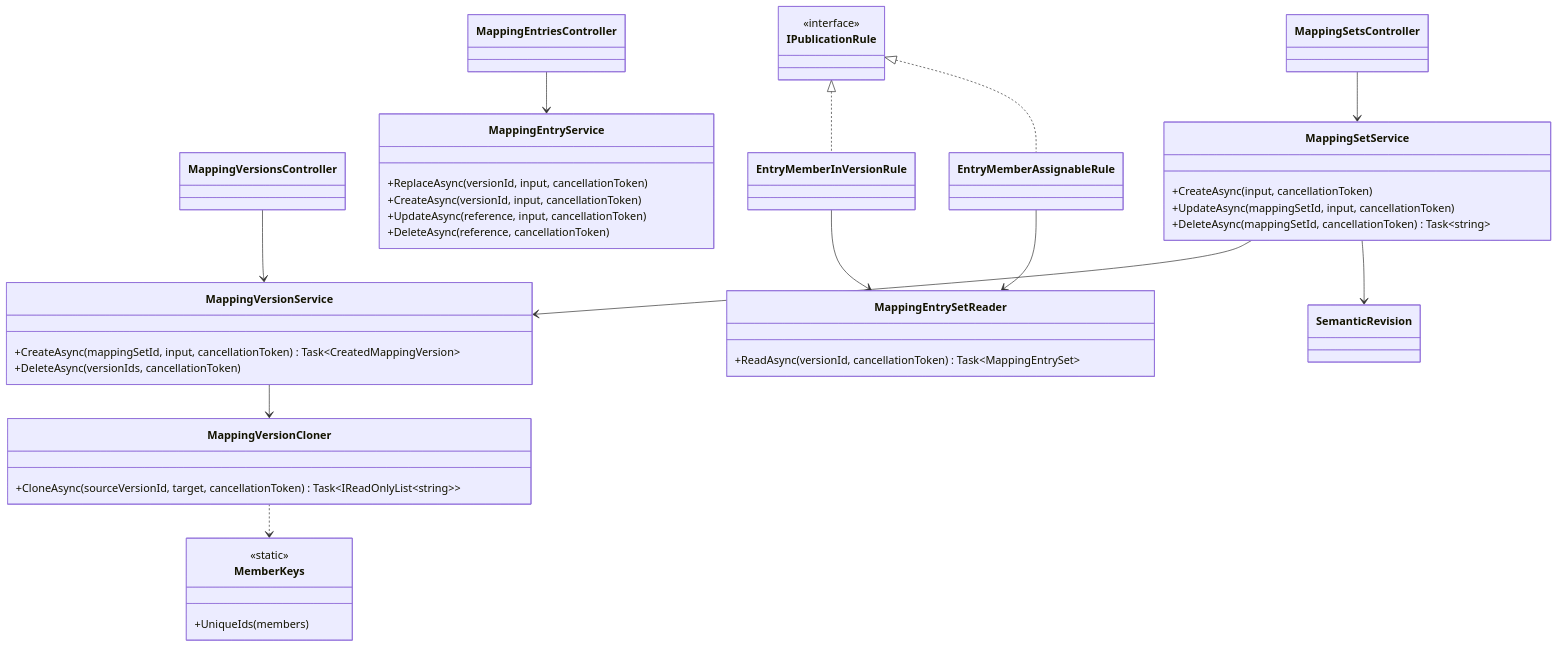
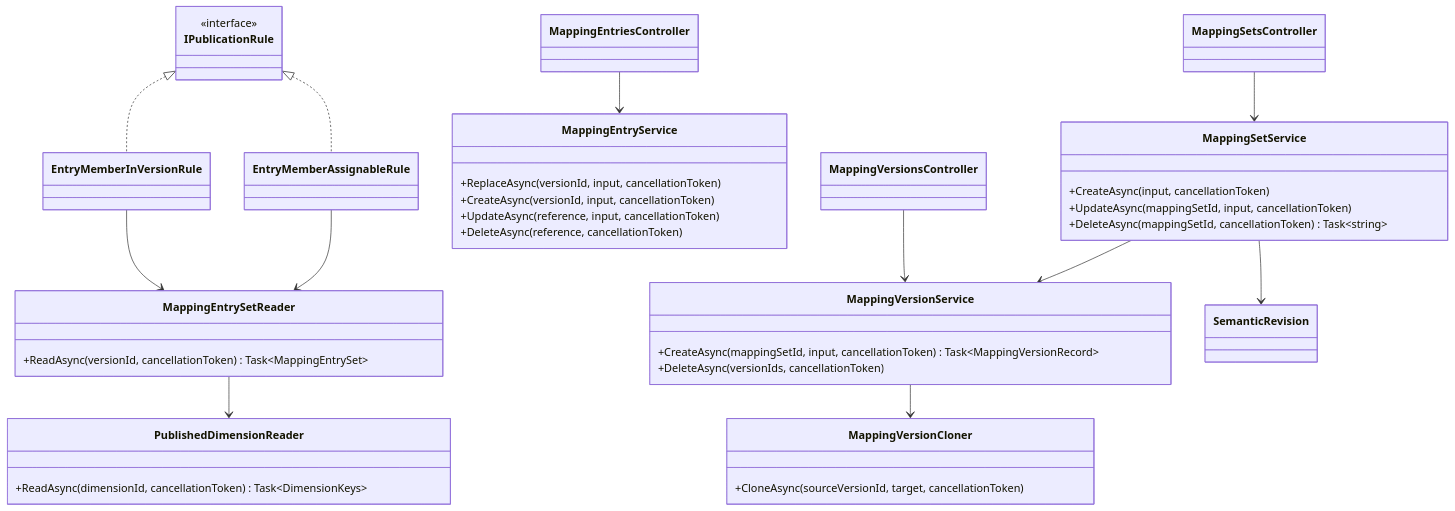
The third of 10 diagrams in api/docs/architecture/05-feature-classes.md (chrisaliotta/Quantalytix.QueryEngine.Admin), drawn with Mermaid before and after one commit. The commit also changed other lines of this file and 390 other files, not shown here.

First line of the commit message:
feat: enhance API documentation and architecture for versioning and assumption sets

````diff
--- a/api/docs/architecture/05-feature-classes.md
+++ b/api/docs/architecture/05-feature-classes.md
@@ -254,46 +256,45 @@
 ```mermaid
 classDiagram
     direction TB
     class MappingSetsController
     class MappingVersionsController
     class MappingEntriesController
     class MappingSetService {
         +CreateAsync(input, cancellationToken)
         +UpdateAsync(mappingSetId, input, cancellationToken)
         +DeleteAsync(mappingSetId, cancellationToken) Task~string~
     }
     class MappingVersionService {
-        +CreateAsync(mappingSetId, input, cancellationToken) Task~CreatedMappingVersion~
+        +CreateAsync(mappingSetId, input, cancellationToken) Task~MappingVersionRecord~
         +DeleteAsync(versionIds, cancellationToken)
     }
     class MappingVersionCloner {
-        +CloneAsync(sourceVersionId, target, cancellationToken) Task~IReadOnlyList~string~~
+        +CloneAsync(sourceVersionId, target, cancellationToken)
     }
     class MappingEntryService {
         +ReplaceAsync(versionId, input, cancellationToken)
         +CreateAsync(versionId, input, cancellationToken)
         +UpdateAsync(reference, input, cancellationToken)
         +DeleteAsync(reference, cancellationToken)
     }
     class MappingEntrySetReader {
         +ReadAsync(versionId, cancellationToken) Task~MappingEntrySet~
     }
-    class MemberKeys {
-        <<static>>
-        +UniqueIds(members)
+    class PublishedDimensionReader {
+        +ReadAsync(dimensionId, cancellationToken) Task~DimensionKeys~
     }
     class IPublicationRule {
         <<interface>>
     }
     MappingSetsController --> MappingSetService
     MappingVersionsController --> MappingVersionService
     MappingEntriesController --> MappingEntryService
     MappingSetService --> MappingVersionService
     MappingSetService --> SemanticRevision
     MappingVersionService --> MappingVersionCloner
-    MappingVersionCloner ..> MemberKeys
+    MappingEntrySetReader --> PublishedDimensionReader
     IPublicationRule <|.. EntryMemberInVersionRule
     IPublicationRule <|.. EntryMemberAssignableRule
     EntryMemberInVersionRule --> MappingEntrySetReader
     EntryMemberAssignableRule --> MappingEntrySetReader
 ```
````
